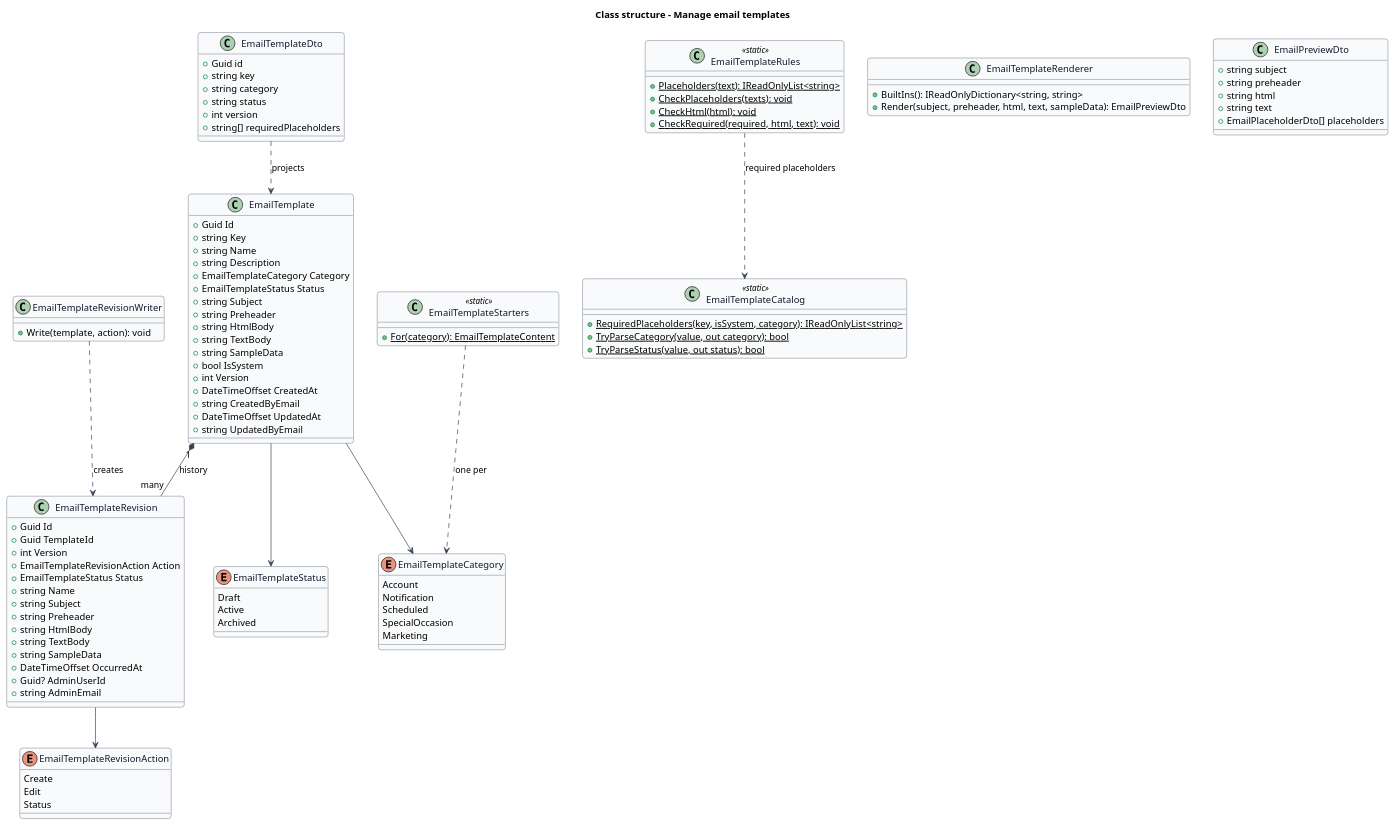
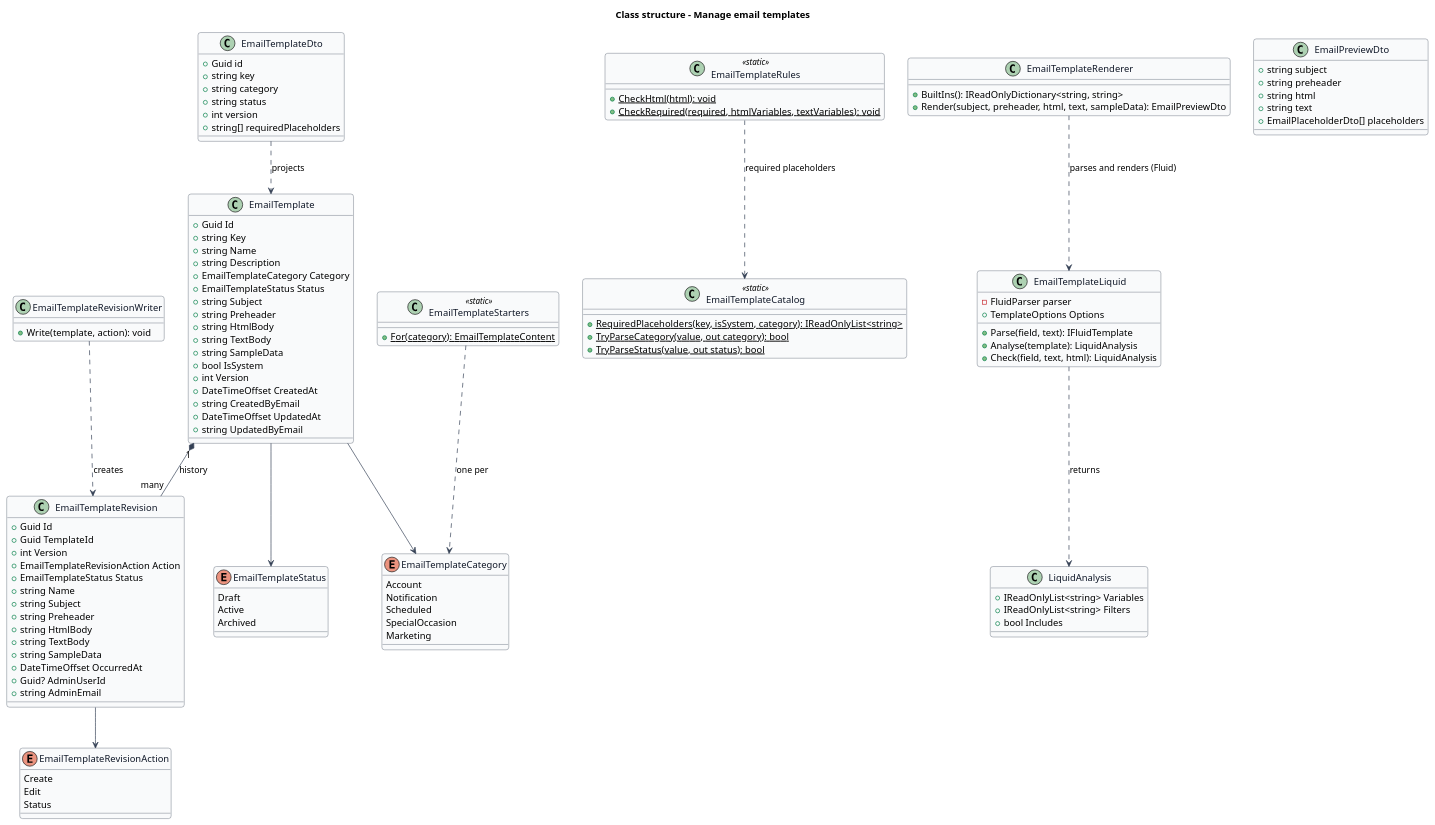
The diagram in docs/detailed-designs/administration/manage-email-templates/diagrams/class-structure.puml (QuinntyneBrown/saturdaze), drawn with PlantUML before and after one commit. The commit also changed 10 other files, not shown here.

First line of the commit message:
docs: write email templates in Liquid (L2-131, ADR-016)

```diff
--- a/docs/detailed-designs/administration/manage-email-templates/diagrams/class-structure.puml
+++ b/docs/detailed-designs/administration/manage-email-templates/diagrams/class-structure.puml
@@ -1,110 +1,122 @@
 @startuml
 skinparam backgroundColor #FFFFFF
 skinparam shadowing false
 skinparam roundcorner 8
 skinparam defaultFontName Arial
 skinparam ArrowColor #344054
 skinparam class {
   BorderColor #344054
   FontColor #101828
   BackgroundColor #F9FAFB
 }
 title Class structure - Manage email templates
 
 enum EmailTemplateCategory {
   Account
   Notification
   Scheduled
   SpecialOccasion
   Marketing
 }
 enum EmailTemplateStatus {
   Draft
   Active
   Archived
 }
 enum EmailTemplateRevisionAction {
   Create
   Edit
   Status
 }
 class EmailTemplate {
   +Guid Id
   +string Key
   +string Name
   +string Description
   +EmailTemplateCategory Category
   +EmailTemplateStatus Status
   +string Subject
   +string Preheader
   +string HtmlBody
   +string TextBody
   +string SampleData
   +bool IsSystem
   +int Version
   +DateTimeOffset CreatedAt
   +string CreatedByEmail
   +DateTimeOffset UpdatedAt
   +string UpdatedByEmail
 }
 class EmailTemplateRevision {
   +Guid Id
   +Guid TemplateId
   +int Version
   +EmailTemplateRevisionAction Action
   +EmailTemplateStatus Status
   +string Name
   +string Subject
   +string Preheader
   +string HtmlBody
   +string TextBody
   +string SampleData
   +DateTimeOffset OccurredAt
   +Guid? AdminUserId
   +string AdminEmail
 }
 class EmailTemplateCatalog <<static>> {
   +{static} RequiredPlaceholders(key, isSystem, category): IReadOnlyList<string>
   +{static} TryParseCategory(value, out category): bool
   +{static} TryParseStatus(value, out status): bool
 }
 class EmailTemplateStarters <<static>> {
   +{static} For(category): EmailTemplateContent
 }
+class EmailTemplateLiquid {
+  -FluidParser parser
+  +TemplateOptions Options
+  +Parse(field, text): IFluidTemplate
+  +Analyse(template): LiquidAnalysis
+  +Check(field, text, html): LiquidAnalysis
+}
+class LiquidAnalysis {
+  +IReadOnlyList<string> Variables
+  +IReadOnlyList<string> Filters
+  +bool Includes
+}
 class EmailTemplateRules <<static>> {
-  +{static} Placeholders(text): IReadOnlyList<string>
-  +{static} CheckPlaceholders(texts): void
   +{static} CheckHtml(html): void
-  +{static} CheckRequired(required, html, text): void
+  +{static} CheckRequired(required, htmlVariables, textVariables): void
 }
 class EmailTemplateRenderer {
   +BuiltIns(): IReadOnlyDictionary<string, string>
   +Render(subject, preheader, html, text, sampleData): EmailPreviewDto
 }
 class EmailTemplateRevisionWriter {
   +Write(template, action): void
 }
 class EmailTemplateDto {
   +Guid id
   +string key
   +string category
   +string status
   +int version
   +string[] requiredPlaceholders
 }
 class EmailPreviewDto {
   +string subject
   +string preheader
   +string html
   +string text
   +EmailPlaceholderDto[] placeholders
 }
 EmailTemplate --> EmailTemplateCategory
 EmailTemplate --> EmailTemplateStatus
 EmailTemplate "1" *-- "many" EmailTemplateRevision : history
 EmailTemplateRevision --> EmailTemplateRevisionAction
 EmailTemplateRules ..> EmailTemplateCatalog : required placeholders
+EmailTemplateLiquid ..> LiquidAnalysis : returns
+EmailTemplateRenderer ..> EmailTemplateLiquid : parses and renders (Fluid)
 EmailTemplateStarters ..> EmailTemplateCategory : one per
 EmailTemplateRevisionWriter ..> EmailTemplateRevision : creates
 EmailTemplateDto ..> EmailTemplate : projects
 @enduml
```
